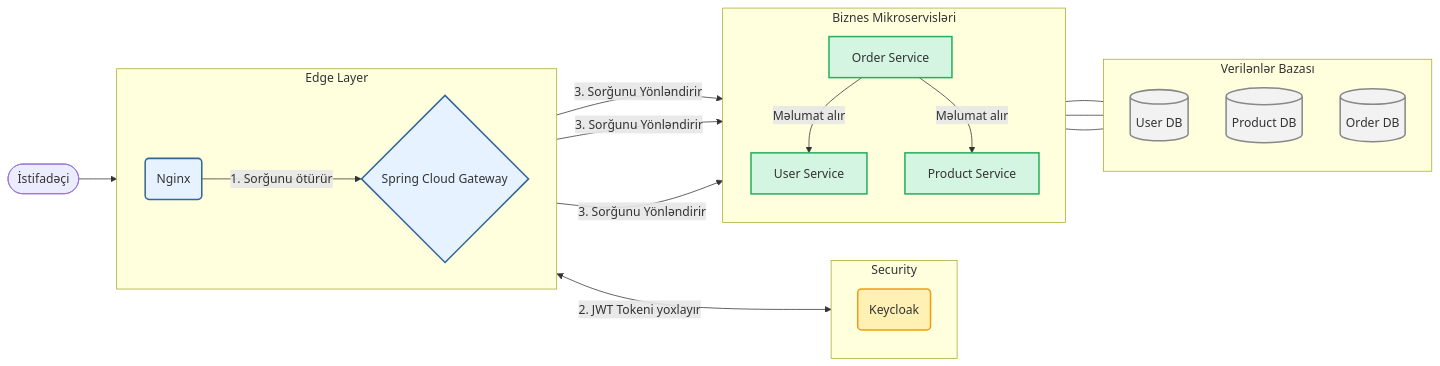
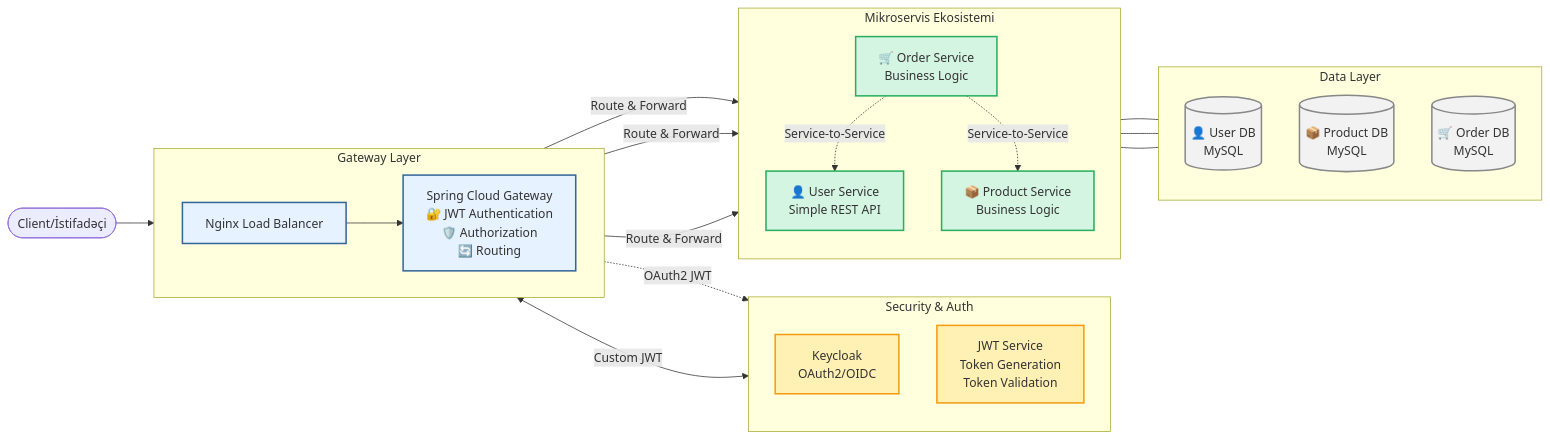
The diagram in README.md (Neman-Mirzazade-1996/Microservice-Project), drawn with Mermaid before and after one commit. The commit also changed other lines of this file and 82 other files, not shown here.

Commit message:
security implemented in spring-cloud

````diff
--- a/README.md
+++ b/README.md
@@ -15,59 +20,61 @@
 ```mermaid
 graph LR
-    %% --- Styling (Rənglərin təyin edilməsi) ---
+    %% --- Styling ---
     classDef edge fill:#e6f2ff,stroke:#369,stroke-width:2px;
     classDef service fill:#d5f5e3,stroke:#27ae60,stroke-width:2px;
     classDef security fill:#fff0b3,stroke:#f39c12,stroke-width:2px;
     classDef database fill:#f2f2f2,stroke:#888,stroke-width:2px;
 
-    %% --- Xarici Dünya ---
-    User([İstifadəçi]) --> Nginx;
+    %% --- Client Layer ---
+    User([Client/İstifadəçi]) --> Nginx;
 
-    %% --- Giriş Qatı (Edge Layer) ---
-    subgraph Edge Layer
+    %% --- Gateway Layer ---
+    subgraph GatewayLayer ["Gateway Layer"]
         direction LR
-        Nginx(Nginx) -- "1. Sorğunu ötürür" --> Gateway{Spring Cloud Gateway};
+        Nginx["Nginx Load Balancer"] --> Gateway["Spring Cloud Gateway<br/>🔐 JWT Authentication<br/>🛡️ Authorization<br/>🔄 Routing"];
     end
 
-    %% --- Təhlükəsizlik ---
-    subgraph Security
+    %% --- Security Services ---
+    subgraph SecurityAuth ["Security & Auth"]
         direction TB
-        Keycloak(Keycloak);
+        Keycloak["Keycloak<br/>OAuth2/OIDC"];
+        JWT["JWT Service<br/>Token Generation<br/>Token Validation"];
     end
 
-    %% --- Əsas Tətbiq Qatı ---
-    subgraph Biznes Mikroservisləri
+    %% --- Business Services ---
+    subgraph MicroserviceEcosystem ["Mikroservis Ekosistemi"]
         direction TB
-        UserService[User Service];
-        ProductService[Product Service];
-        OrderService[Order Service];
+        UserService["👤 User Service<br/>Simple REST API"];
+        ProductService["📦 Product Service<br/>Business Logic"];
+        OrderService["🛒 Order Service<br/>Business Logic"];
     end
 
-    %% --- Məlumat Qatı (Data Layer) ---
-    subgraph Verilənlər Bazası
+    %% --- Data Layer ---
+    subgraph DataLayer ["Data Layer"]
         direction TB
-        UserDB[(User DB)];
-        ProductDB[(Product DB)];
-        OrderDB[(Order DB)];
+        UserDB[("👤 User DB<br/>MySQL")];
+        ProductDB[("📦 Product DB<br/>MySQL")];
+        OrderDB[("🛒 Order DB<br/>MySQL")];
     end
 
-    %% --- Əlaqələrin Qurulması ---
-    Gateway -- "3. Sorğunu Yönləndirir" --> UserService;
-    Gateway -- "3. Sorğunu Yönləndirir" --> ProductService;
-    Gateway -- "3. Sorğunu Yönləndirir" --> OrderService;
+    %% --- Connections ---
+    Gateway -.->|"OAuth2 JWT"| Keycloak;
+    Gateway <-->|"Custom JWT"| JWT;
     
-    Gateway <--> |"2. JWT Tokeni yoxlayır"| Keycloak;
-
-    OrderService -- "Məlumat alır" --> UserService;
-    OrderService -- "Məlumat alır" --> ProductService;
+    Gateway -->|"Route & Forward"| UserService;
+    Gateway -->|"Route & Forward"| ProductService;
+    Gateway -->|"Route & Forward"| OrderService;
+    
+    OrderService -.->|"Service-to-Service"| UserService;
+    OrderService -.->|"Service-to-Service"| ProductService;
 
     UserService --- UserDB;
     ProductService --- ProductDB;
     OrderService --- OrderDB;
 
-    %% --- Styling-in tətbiq edilməsi ---
+    %% --- Styling Application ---
     class Nginx,Gateway edge;
     class UserService,ProductService,OrderService service;
-    class Keycloak security;
+    class Keycloak,JWT security;
     class UserDB,ProductDB,OrderDB database;
 ```
````
